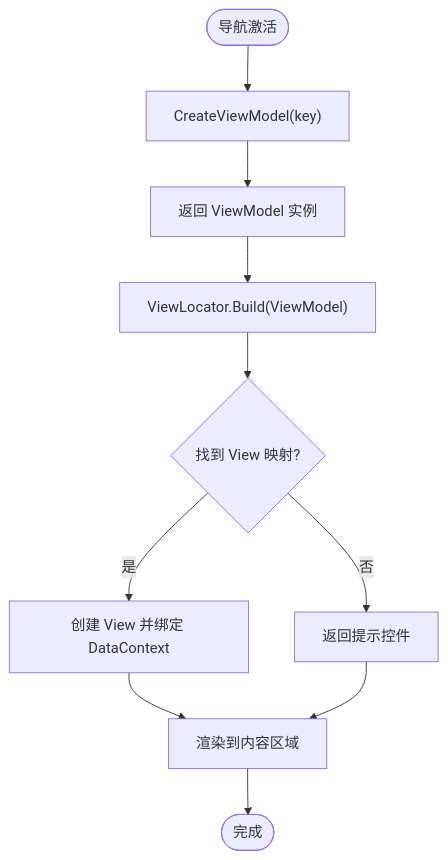
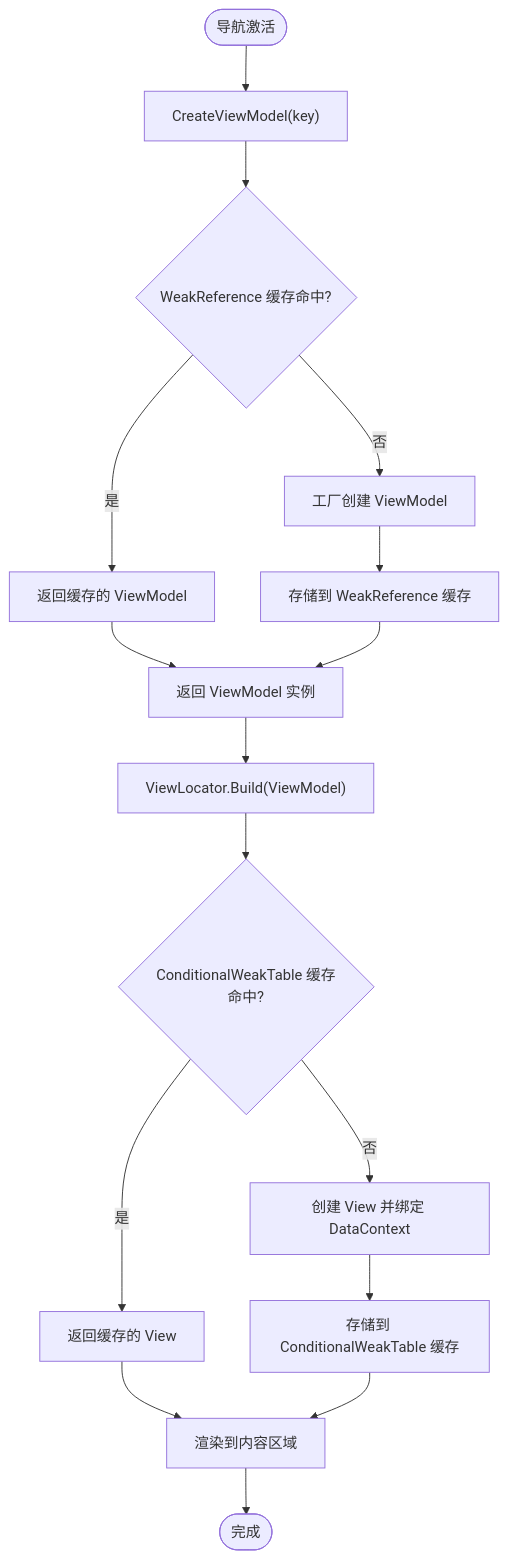
One commit to lytree/AvaloniaTemplate changed the fourth of 9 diagrams in .qoder/repowiki/zh/content/核心服务组件/导航服务.md. Above: the diagram before and after it, drawn with Mermaid. The commit also changed other lines of this file and 15 other files, not shown here.

````diff
--- a/.qoder/repowiki/zh/content/核心服务组件/导航服务.md
+++ b/.qoder/repowiki/zh/content/核心服务组件/导航服务.md
@@ -186,12 +208,18 @@
 ```mermaid
 flowchart TD
 Start(["导航激活"]) --> FindVM["CreateViewModel(key)"]
-FindVM --> VM["返回 ViewModel 实例"]
+FindVM --> CacheCheck{"WeakReference 缓存命中?"}
+CacheCheck --> |是| ReturnCached["返回缓存的 ViewModel"]
+CacheCheck --> |否| FactoryCreate["工厂创建 ViewModel"]
+FactoryCreate --> StoreCache["存储到 WeakReference 缓存"]
+ReturnCached --> VM["返回 ViewModel 实例"]
+StoreCache --> VM
 VM --> Locator["ViewLocator.Build(ViewModel)"]
-Locator --> ViewFound{"找到 View 映射?"}
-ViewFound --> |是| Instantiate["创建 View 并绑定 DataContext"]
-ViewFound --> |否| Fallback["返回提示控件"]
-Instantiate --> Render["渲染到内容区域"]
-Fallback --> Render
+Locator --> ViewCacheCheck{"ConditionalWeakTable 缓存命中?"}
+ViewCacheCheck --> |是| ReturnCachedView["返回缓存的 View"]
+ViewCacheCheck --> |否| CreateView["创建 View 并绑定 DataContext"]
+CreateView --> StoreViewCache["存储到 ConditionalWeakTable 缓存"]
+ReturnCachedView --> Render["渲染到内容区域"]
+StoreViewCache --> Render
 Render --> End(["完成"])
 ```
````
